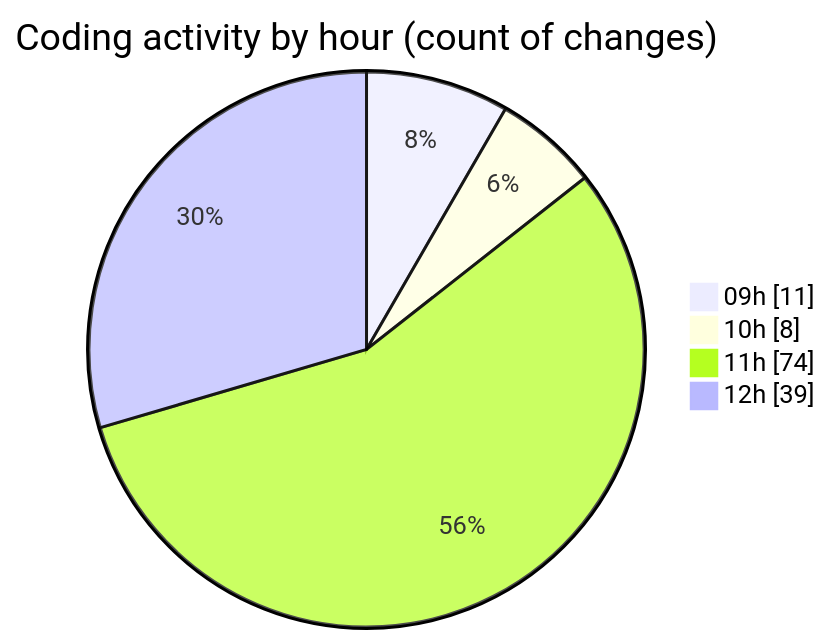
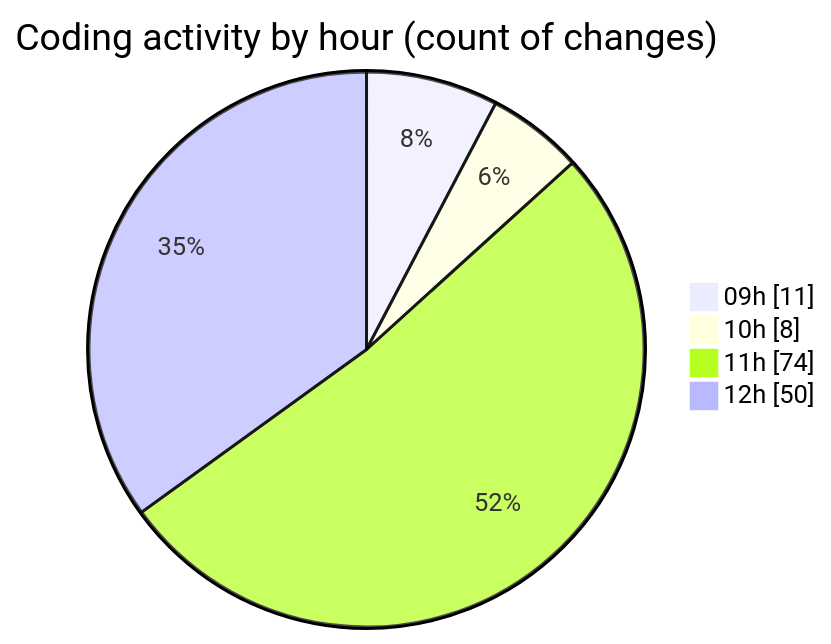
The second of 2 diagrams in 2025-10-30/cda/README.md (momahboobian/code-tracking), drawn with Mermaid before and after one commit. The commit also changed other lines of this file and 1 other file, not shown here.

````diff
--- a/2025-10-30/cda/README.md
+++ b/2025-10-30/cda/README.md
@@ -38,8 +38,8 @@
 ```mermaid
 pie showData
 title Coding activity by hour (count of changes)
 "09h" : 11
 "10h" : 8
 "11h" : 74
-"12h" : 39
+"12h" : 50
 ```
````
